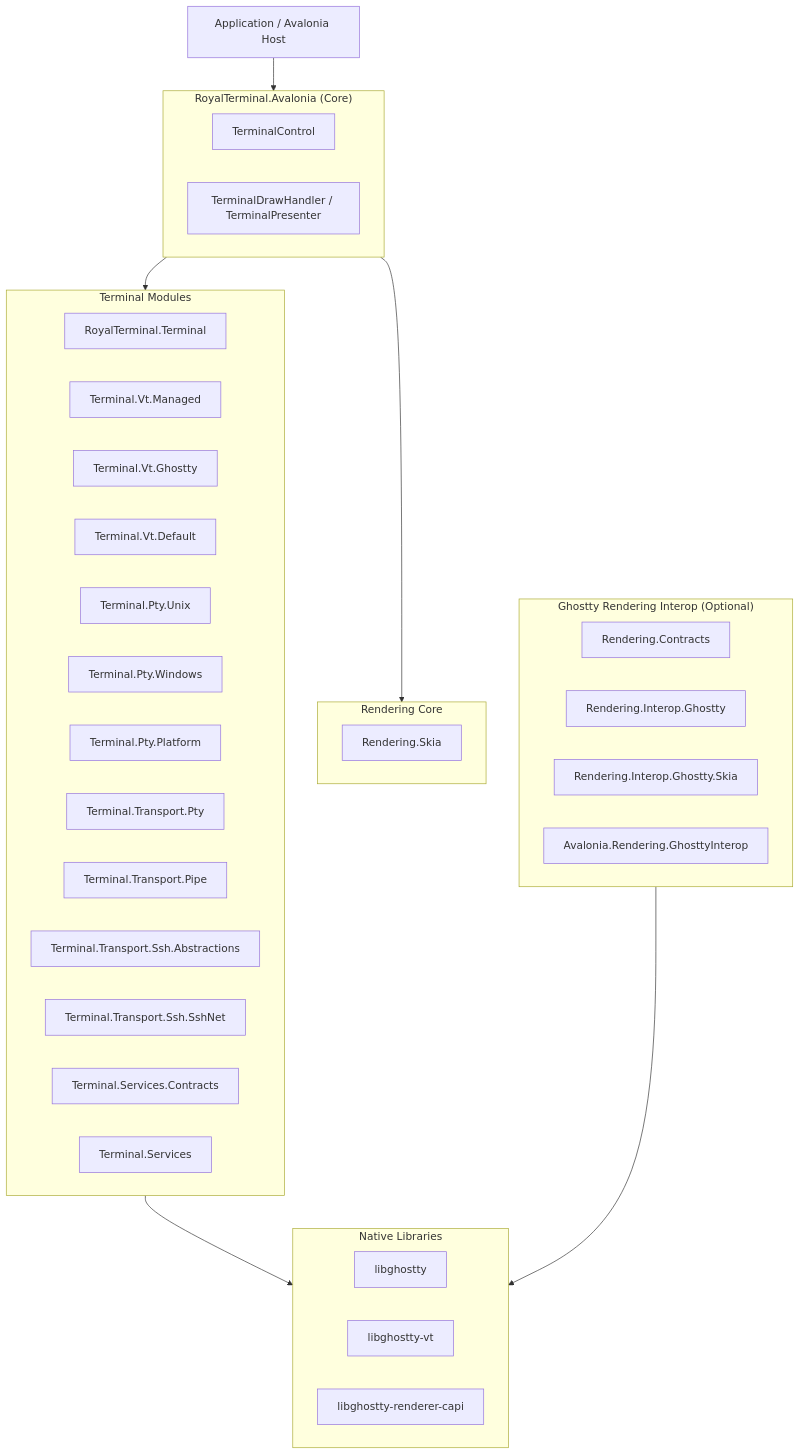
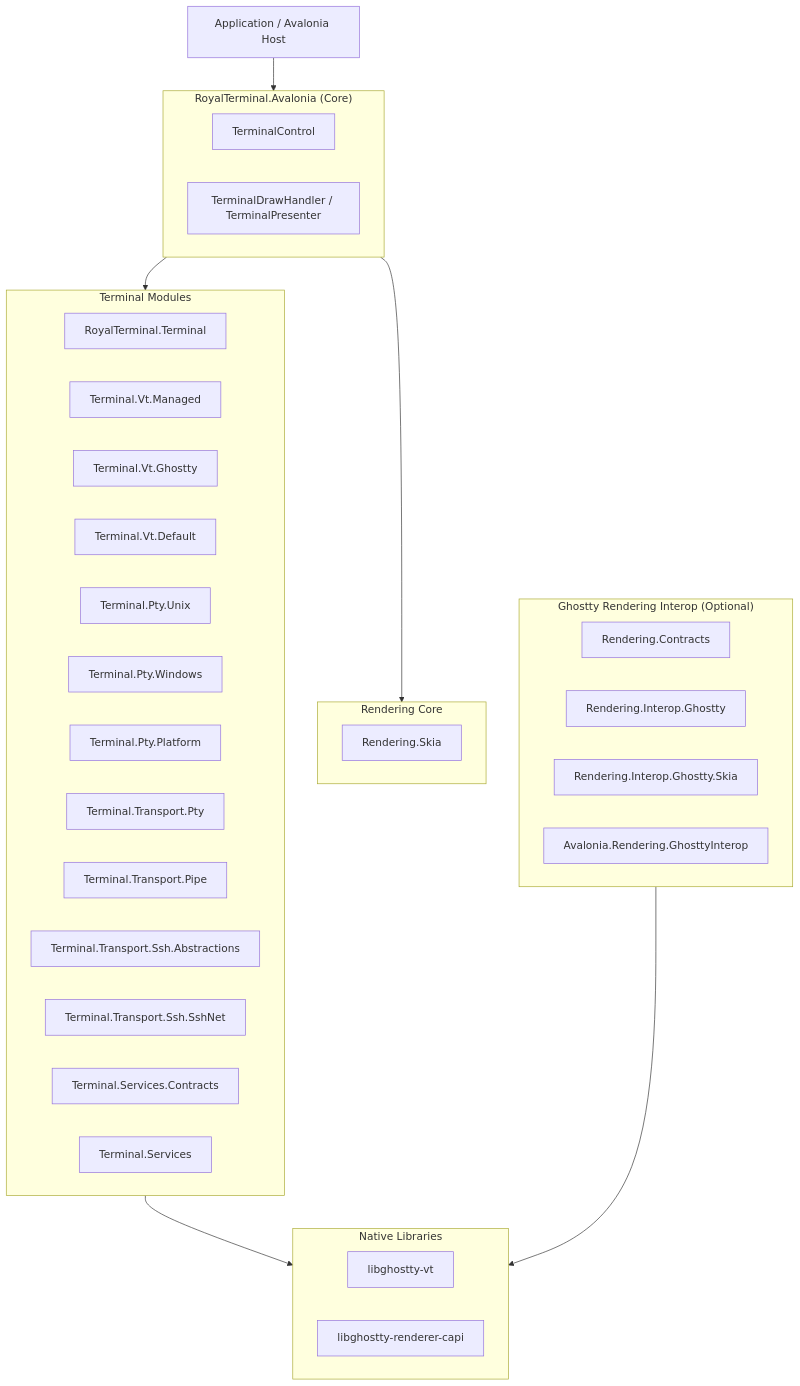
Before and after one commit to royalapplications/RoyalTerminal: the diagram in README.md, drawn with Mermaid. The commit also changed other lines of this file and 9 other files, not shown here.

````diff
--- a/README.md
+++ b/README.md
@@ -200,48 +200,47 @@
 ```mermaid
 flowchart TD
     App["Application / Avalonia Host"]
 
     subgraph CoreUI["RoyalTerminal.Avalonia (Core)"]
       C1["TerminalControl"]
       C2["TerminalDrawHandler / TerminalPresenter"]
     end
 
     subgraph Terminal["Terminal Modules"]
       T0["RoyalTerminal.Terminal"]
       T1["Terminal.Vt.Managed"]
       T2["Terminal.Vt.Ghostty"]
       T3["Terminal.Vt.Default"]
       P1["Terminal.Pty.Unix"]
       P2["Terminal.Pty.Windows"]
       P3["Terminal.Pty.Platform"]
       P4["Terminal.Transport.Pty"]
       P5["Terminal.Transport.Pipe"]
       P6["Terminal.Transport.Ssh.Abstractions"]
       P7["Terminal.Transport.Ssh.SshNet"]
       S1["Terminal.Services.Contracts"]
       S2["Terminal.Services"]
     end
 
     subgraph CoreRender["Rendering Core"]
       R4["Rendering.Skia"]
     end
 
     subgraph GhosttyRender["Ghostty Rendering Interop (Optional)"]
       R0["Rendering.Contracts"]
       R1["Rendering.Interop.Ghostty"]
       R2["Rendering.Interop.Ghostty.Skia"]
       R3["Avalonia.Rendering.GhosttyInterop"]
     end
 
     subgraph Native["Native Libraries"]
-      N1["libghostty"]
-      N2["libghostty-vt"]
-      N3["libghostty-renderer-capi"]
+      N1["libghostty-vt"]
+      N2["libghostty-renderer-capi"]
     end
 
     App --> CoreUI
     CoreUI --> Terminal
     CoreUI --> CoreRender
     Terminal --> Native
     GhosttyRender --> Native
 ```
````
